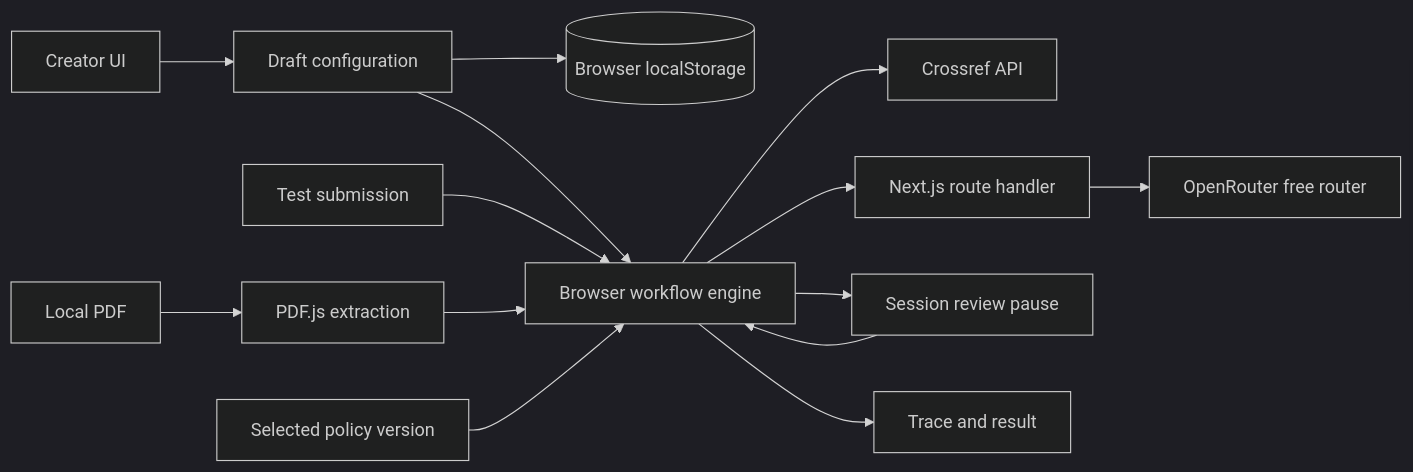
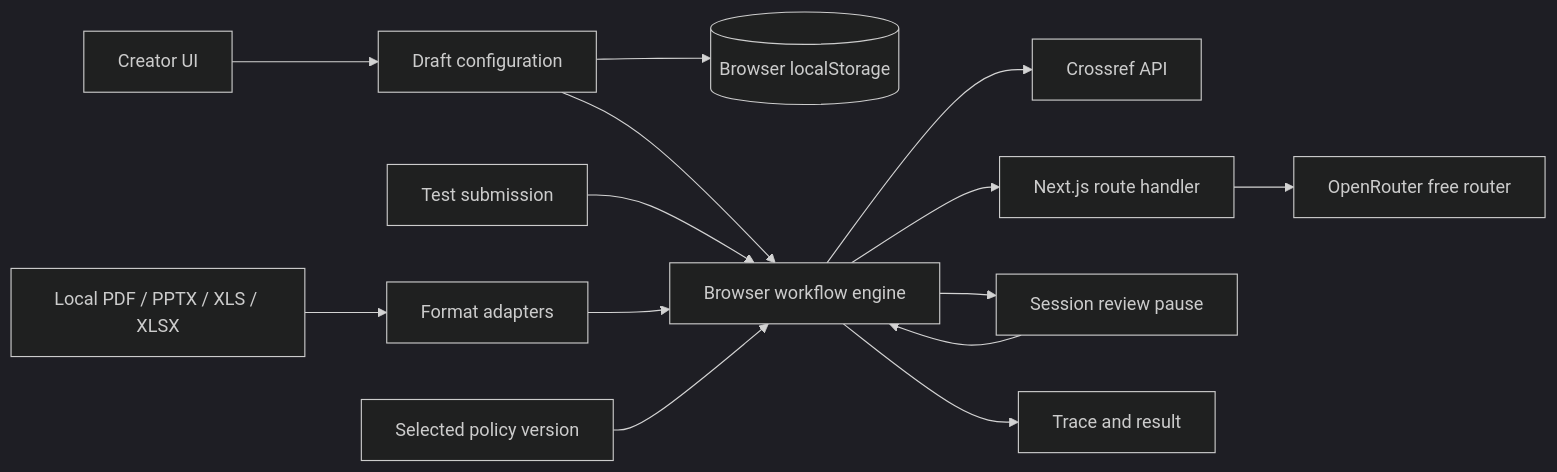
The diagram in docs/ARCHITECTURE.md (Kaushiik-13/KCT_AppraisalPortal), drawn with Mermaid (dark theme) before and after one commit. The commit also changed other lines of this file and 31 other files, not shown here.

````diff
--- a/docs/ARCHITECTURE.md
+++ b/docs/ARCHITECTURE.md
@@ -5,16 +5,16 @@
 ```mermaid
 flowchart LR
   Creator[Creator UI] --> Draft[Draft configuration]
   Draft --> Storage[(Browser localStorage)]
   Draft --> Engine[Browser workflow engine]
   Form[Test submission] --> Engine
-  PDF[Local PDF] --> Extract[PDF.js extraction]
+  Evidence[Local PDF / PPTX / XLS / XLSX] --> Extract[Format adapters]
   Extract --> Engine
   Engine --> Crossref[Crossref API]
   Engine --> NextAPI[Next.js route handler]
   NextAPI --> OpenRouter[OpenRouter free router]
   Engine --> Review[Session review pause]
   Review --> Engine
   Engine --> Result[Trace and result]
   Policy[Selected policy version] --> Engine
 ```
````
